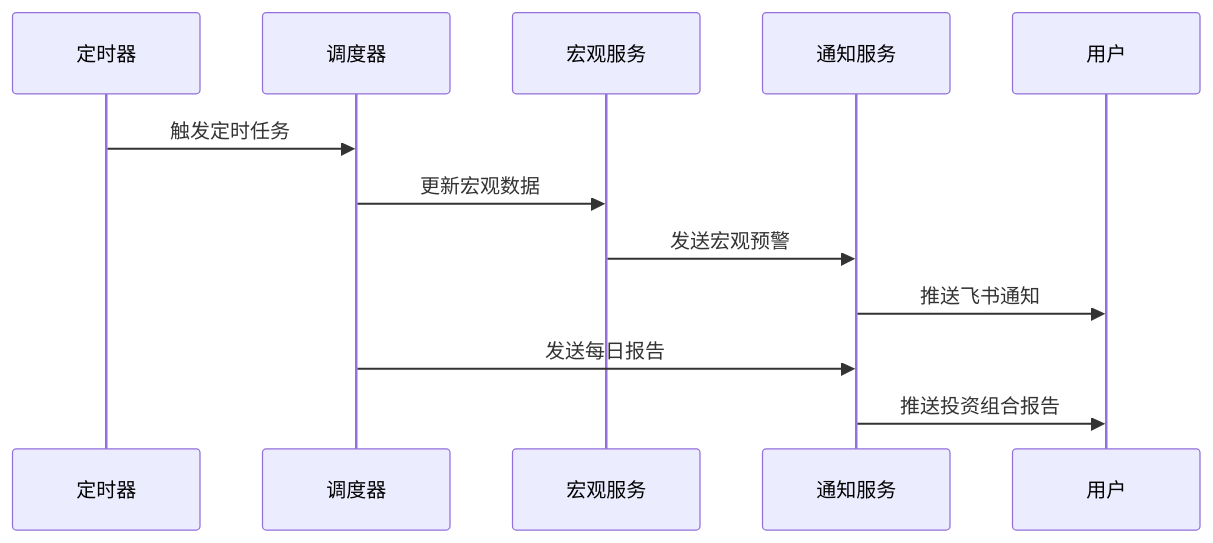
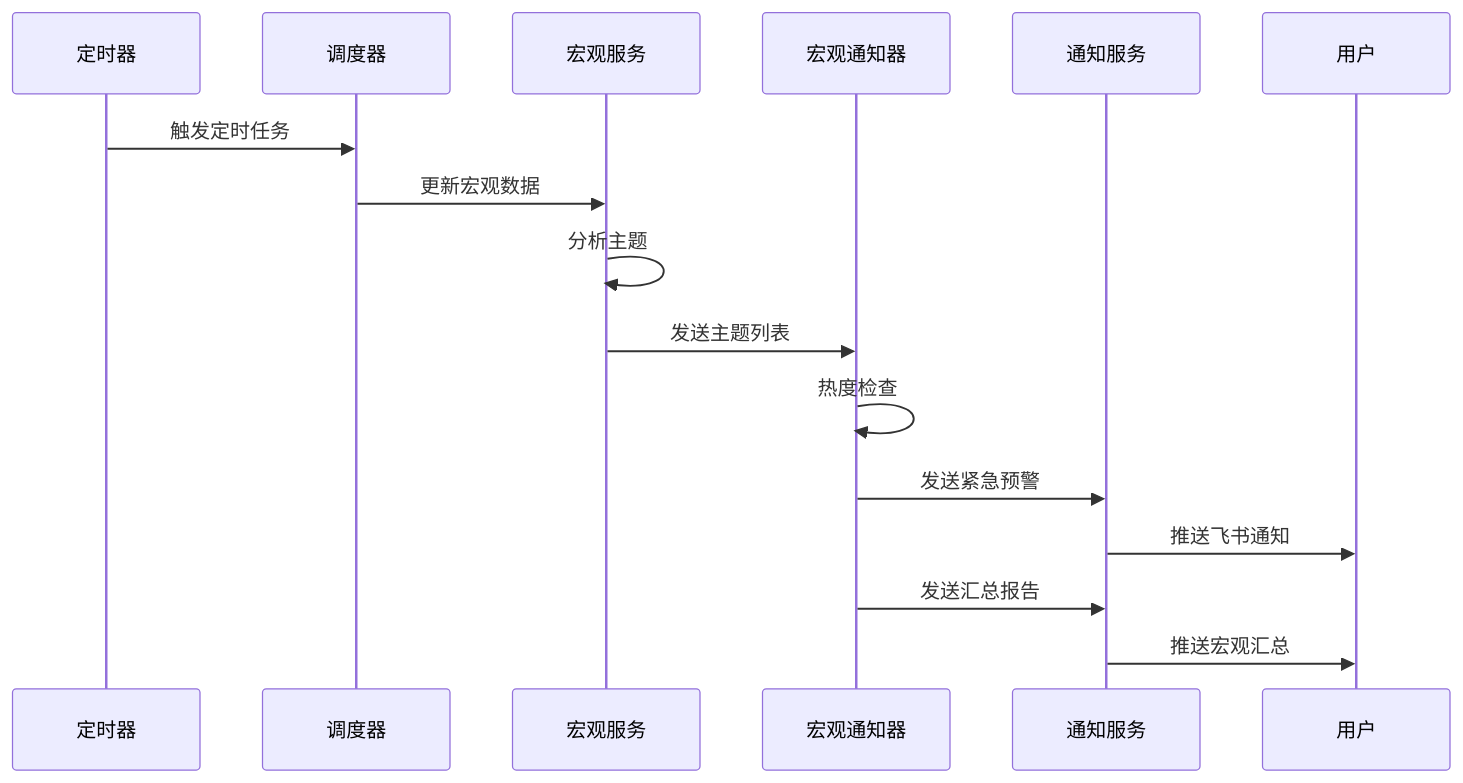
Before and after one commit to breeze-lyf/ai-stock-advisor: the fifth of 6 diagrams in .qoder/repowiki/zh/content/Old Notification System.md, drawn with Mermaid. The commit also changed other lines of this file and 43 other files, not shown here.

````diff
--- a/.qoder/repowiki/zh/content/Old Notification System.md
+++ b/.qoder/repowiki/zh/content/Old Notification System.md
@@ -231,14 +272,18 @@
 ```mermaid
 sequenceDiagram
 participant Timer as 定时器
 participant Scheduler as 调度器
 participant MacroService as 宏观服务
+participant MacroNotifier as 宏观通知器
 participant NotificationService as 通知服务
 participant User as 用户
 Timer->>Scheduler : 触发定时任务
 Scheduler->>MacroService : 更新宏观数据
-MacroService->>NotificationService : 发送宏观预警
+MacroService->>MacroService : 分析主题
+MacroService->>MacroNotifier : 发送主题列表
+MacroNotifier->>MacroNotifier : 热度检查
+MacroNotifier->>NotificationService : 发送紧急预警
 NotificationService->>User : 推送飞书通知
-Scheduler->>NotificationService : 发送每日报告
-NotificationService->>User : 推送投资组合报告
+MacroNotifier->>NotificationService : 发送汇总报告
+NotificationService->>User : 推送宏观汇总
 ```
````
